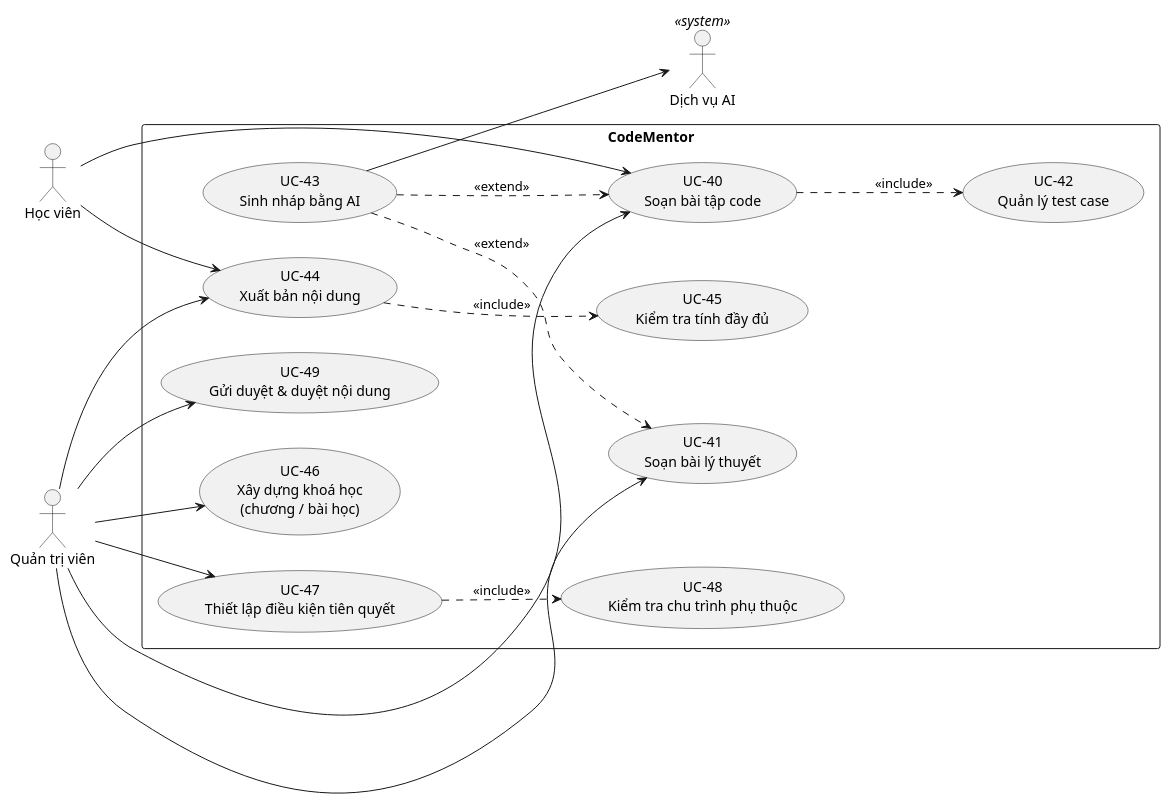
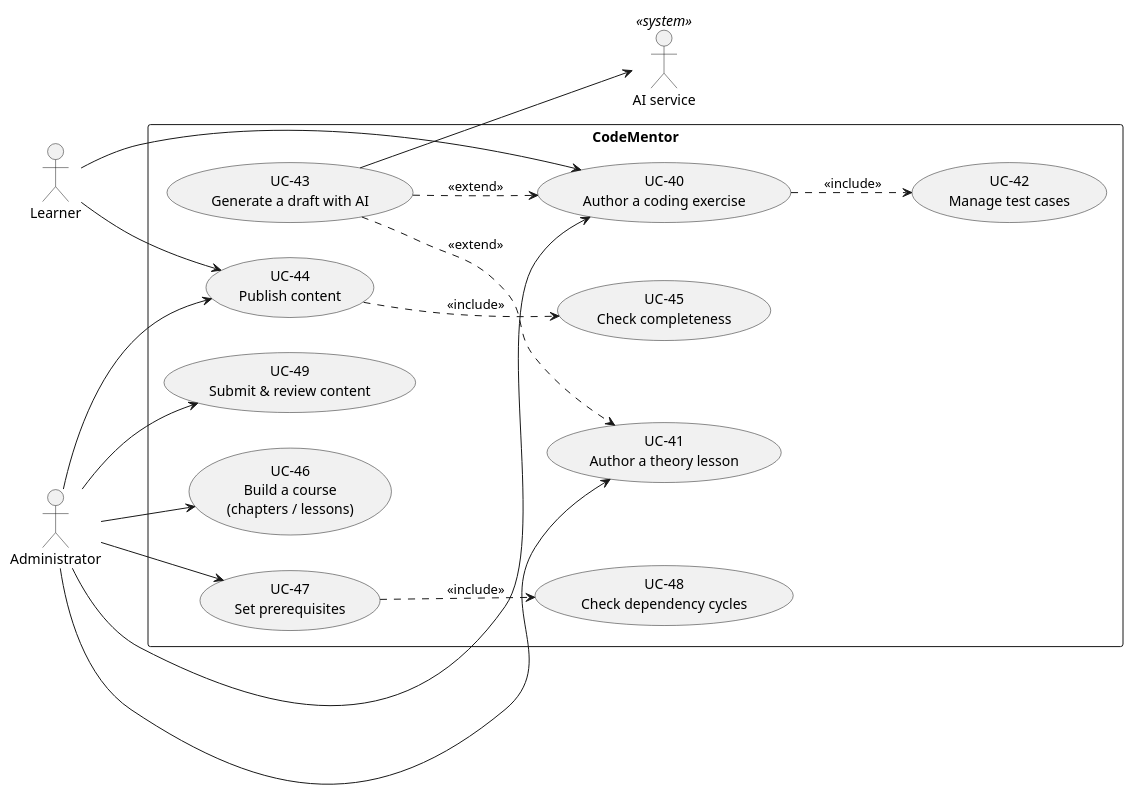
The sixth of 10 diagrams in docs/07-use-case-model.md (codementor-official/codementor-infra), drawn with PlantUML before and after one commit. The commit also changed other lines of this file and 16 other files, not shown here.

First line of the commit message:
docs: English README, use-case docs and diagrams

````diff
--- a/docs/07-use-case-model.md
+++ b/docs/07-use-case-model.md
@@ -347,38 +351,38 @@
 ```plantuml
 @startuml p5-authoring
 left to right direction
-actor "Quản trị viên" as Admin
-actor "Học viên" as Learner
+actor "Administrator" as Admin
+actor "Learner" as Learner
 
 rectangle "CodeMentor" {
-  usecase "UC-40\nSoạn bài tập code" as UC40
-  usecase "UC-41\nSoạn bài lý thuyết" as UC41
-  usecase "UC-42\nQuản lý test case" as UC42
-  usecase "UC-43\nSinh nháp bằng AI" as UC43
-  usecase "UC-44\nXuất bản nội dung" as UC44
-  usecase "UC-45\nKiểm tra tính đầy đủ" as UC45
-  usecase "UC-46\nXây dựng khoá học\n(chương / bài học)" as UC46
-  usecase "UC-47\nThiết lập điều kiện tiên quyết" as UC47
-  usecase "UC-48\nKiểm tra chu trình phụ thuộc" as UC48
-  usecase "UC-49\nGửi duyệt & duyệt nội dung" as UC49
+  usecase "UC-40\nAuthor a coding exercise" as UC40
+  usecase "UC-41\nAuthor a theory lesson" as UC41
+  usecase "UC-42\nManage test cases" as UC42
+  usecase "UC-43\nGenerate a draft with AI" as UC43
+  usecase "UC-44\nPublish content" as UC44
+  usecase "UC-45\nCheck completeness" as UC45
+  usecase "UC-46\nBuild a course\n(chapters / lessons)" as UC46
+  usecase "UC-47\nSet prerequisites" as UC47
+  usecase "UC-48\nCheck dependency cycles" as UC48
+  usecase "UC-49\nSubmit & review content" as UC49
 
   UC40 ..> UC42 : <<include>>
   UC44 ..> UC45 : <<include>>
   UC47 ..> UC48 : <<include>>
   UC43 ..> UC40 : <<extend>>
   UC43 ..> UC41 : <<extend>>
 }
 
-actor "Dịch vụ AI" as AI <<system>>
+actor "AI service" as AI <<system>>
 
 Admin --> UC40
 Admin --> UC41
 Admin --> UC44
 Admin --> UC46
 Admin --> UC47
 Admin --> UC49
 Learner --> UC40
 Learner --> UC44
 UC43 --> AI
 @enduml
 ```
````
